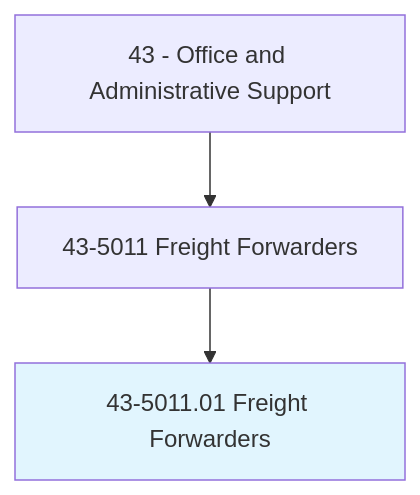
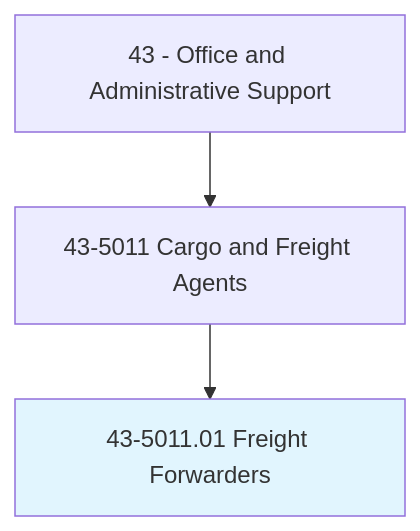
Before and after one commit to kziemski/business.org.ai: the first of 4 diagrams in occupations/Administrative/FreightForwarders.mdx, drawn with Mermaid. The commit also changed other lines of this file and 19 other files, not shown here.

````diff
--- a/occupations/Administrative/FreightForwarders.mdx
+++ b/occupations/Administrative/FreightForwarders.mdx
@@ -23,6 +23,6 @@
 ```mermaid
 graph TD
-    Cat43["43 - Office and Administrative Support"] --> Group["43-5011 Freight Forwarders"]
+    Cat43["43 - Office and Administrative Support"] --> Group["43-5011 Cargo and Freight Agents"]
     Group --> Current["43-5011.01 Freight Forwarders"]
     style Current fill:#e1f5fe
 ```
````
